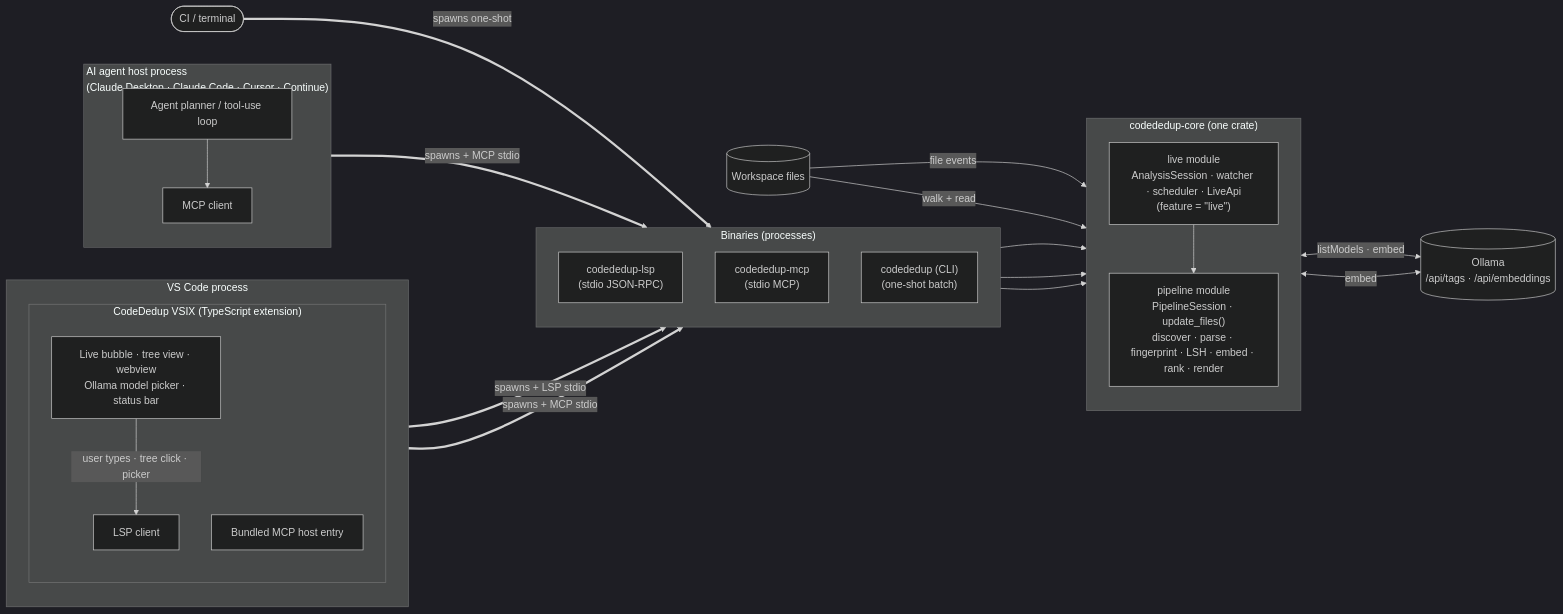
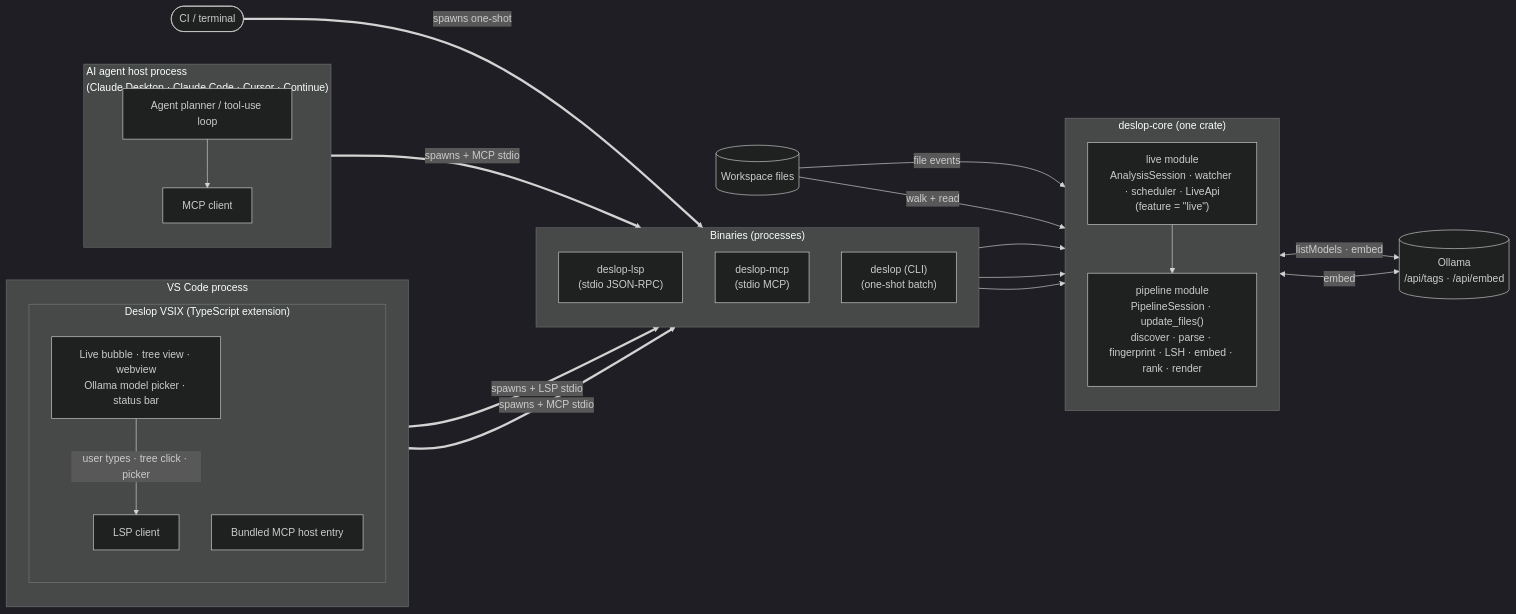
Before and after one commit to Nimblesite/Deslop: the diagram in docs/specs/live.md, drawn with Mermaid (dark theme). The commit also changed other lines of this file and 431 other files, not shown here.

First line of the commit message:
Ship Deslop Live: LSP + MCP + VSCode surfaces, bug batch #27-#35 (#36)

````diff
--- a/docs/specs/live.md
+++ b/docs/specs/live.md
@@ -20,55 +20,55 @@
 ```mermaid
 flowchart LR
     CI(["CI / terminal"])
 
     subgraph VSCode["VS Code process"]
         direction TB
-        subgraph VSIX["CodeDedup VSIX (TypeScript extension)"]
+        subgraph VSIX["Deslop VSIX (TypeScript extension)"]
             direction TB
             UI["Live bubble · tree view · webview<br/>Ollama model picker · status bar"]
             LspClient["LSP client"]
             McpHost["Bundled MCP host entry"]
         end
     end
 
     subgraph AgentHost["AI agent host process<br/>(Claude Desktop · Claude Code · Cursor · Continue)"]
         direction TB
         AgentLoop["Agent planner / tool-use loop"]
         McpClient["MCP client"]
         AgentLoop --> McpClient
     end
 
     subgraph Binaries["Binaries (processes)"]
         direction TB
-        LspBin["codededup-lsp<br/>(stdio JSON-RPC)"]
-        McpBin["codededup-mcp<br/>(stdio MCP)"]
-        CliBin["codededup (CLI)<br/>(one-shot batch)"]
+        LspBin["deslop-lsp<br/>(stdio JSON-RPC)"]
+        McpBin["deslop-mcp<br/>(stdio MCP)"]
+        CliBin["deslop (CLI)<br/>(one-shot batch)"]
     end
 
-    subgraph CoreCrate["codededup-core (one crate)"]
+    subgraph CoreCrate["deslop-core (one crate)"]
         direction TB
         Live["live module<br/>AnalysisSession · watcher · scheduler · LiveApi<br/>(feature = &quot;live&quot;)"]
         Pipeline["pipeline module<br/>PipelineSession · update_files()<br/>discover · parse · fingerprint · LSH · embed · rank · render"]
         Live --> Pipeline
     end
 
     Workspace[(Workspace files)]
-    Ollama[(Ollama<br/>/api/tags · /api/embeddings)]
+    Ollama[(Ollama<br/>/api/tags · /api/embed)]
 
     UI -- "user types · tree click · picker" --> LspClient
     LspClient == "spawns + LSP stdio" ==> LspBin
     McpHost == "spawns + MCP stdio" ==> McpBin
 
     McpClient == "spawns + MCP stdio" ==> McpBin
     CI == "spawns one-shot" ==> CliBin
 
     LspBin --> Live
     McpBin --> Live
     CliBin --> Pipeline
 
     Workspace -- "file events" --> Live
     Workspace -- "walk + read" --> Pipeline
 
     Live <-- "listModels · embed" --> Ollama
     Pipeline <-- "embed" --> Ollama
 ```
````
